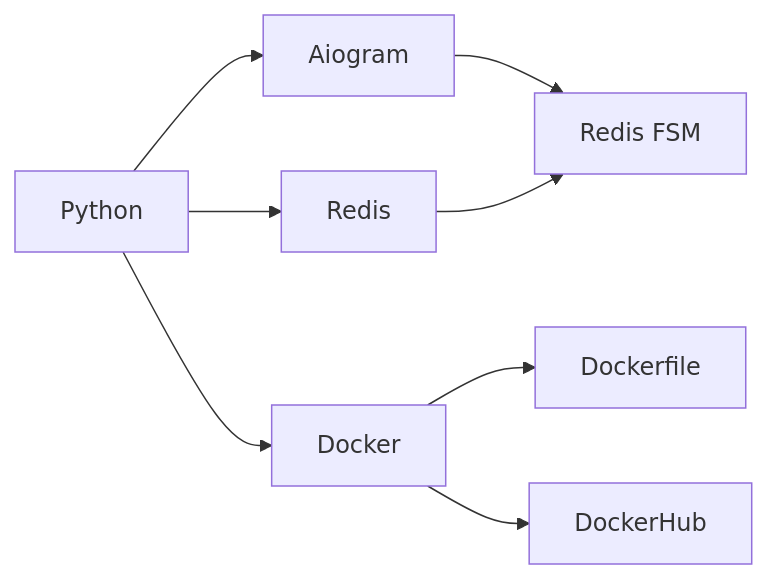
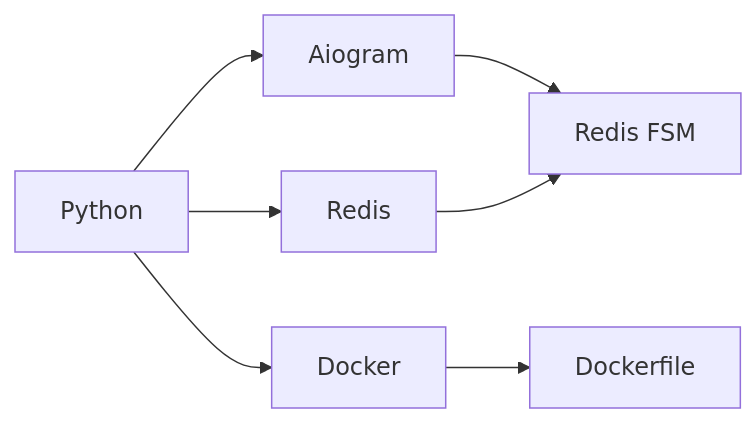
Before and after one commit to nihosprop/nihosprop: the diagram in diagram.mmd, drawn with Mermaid.

Commit message:
refactor

```diff
--- a/diagram.mmd
+++ b/diagram.mmd
@@ -1,8 +1,7 @@
 graph LR
     A[Python] --> B[Aiogram]
     B --> BA[Redis FSM]
     C --> BA[Redis FSM]
     A --> C[Redis]
     A --> D[Docker]
     D --> AD[Dockerfile]
-    D --> ADA[DockerHub]
```
